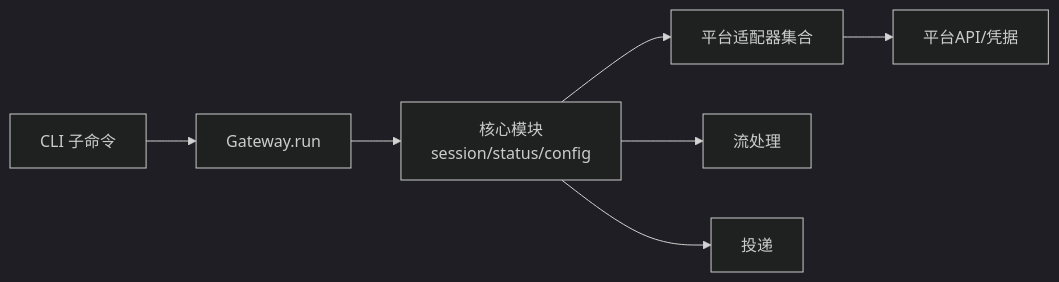
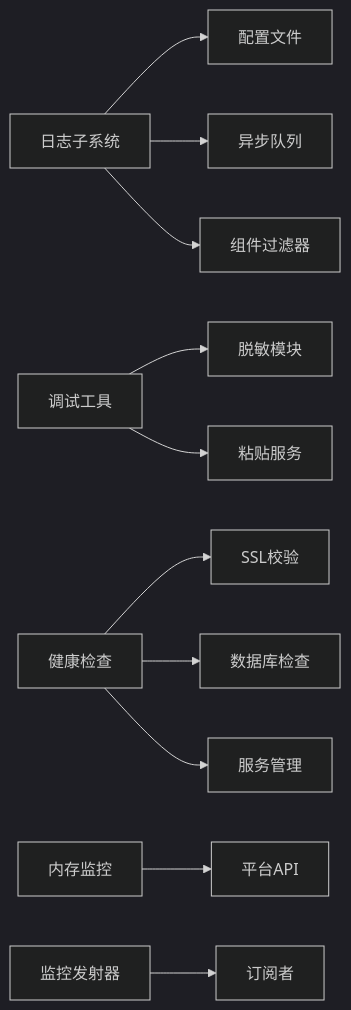
Before and after one commit to haolange/hermes-agent: the ninth of 9 diagrams in .qoder/repowiki/zh/content/故障排除.md, drawn with Mermaid (dark theme). The commit also changed other lines of this file and 1206 other files, not shown here.

````diff
--- a/.qoder/repowiki/zh/content/故障排除.md
+++ b/.qoder/repowiki/zh/content/故障排除.md
@@ -561,9 +288,13 @@
 ```mermaid
 graph LR
-CLI["CLI 子命令"] --> GW_RUN["Gateway.run"]
-GW_RUN --> CORE["核心模块<br/>session/status/config"]
-CORE --> PLATFORMS["平台适配器集合"]
-CORE --> STREAM["流处理"]
-CORE --> DELIVERY["投递"]
-PLATFORMS --> API["平台API/凭据"]
+LL["日志子系统"] --> CFG["配置文件"]
+LL --> QH["异步队列"]
+LL --> CF["组件过滤器"]
+DBG["调试工具"] --> RED["脱敏模块"]
+DBG --> PS["粘贴服务"]
+DOC["健康检查"] --> SSL["SSL校验"]
+DOC --> DB["数据库检查"]
+DOC --> SM["服务管理"]
+MM["内存监控"] --> OS["平台API"]
+ME["监控发射器"] --> SUB["订阅者"]
 ```
````
